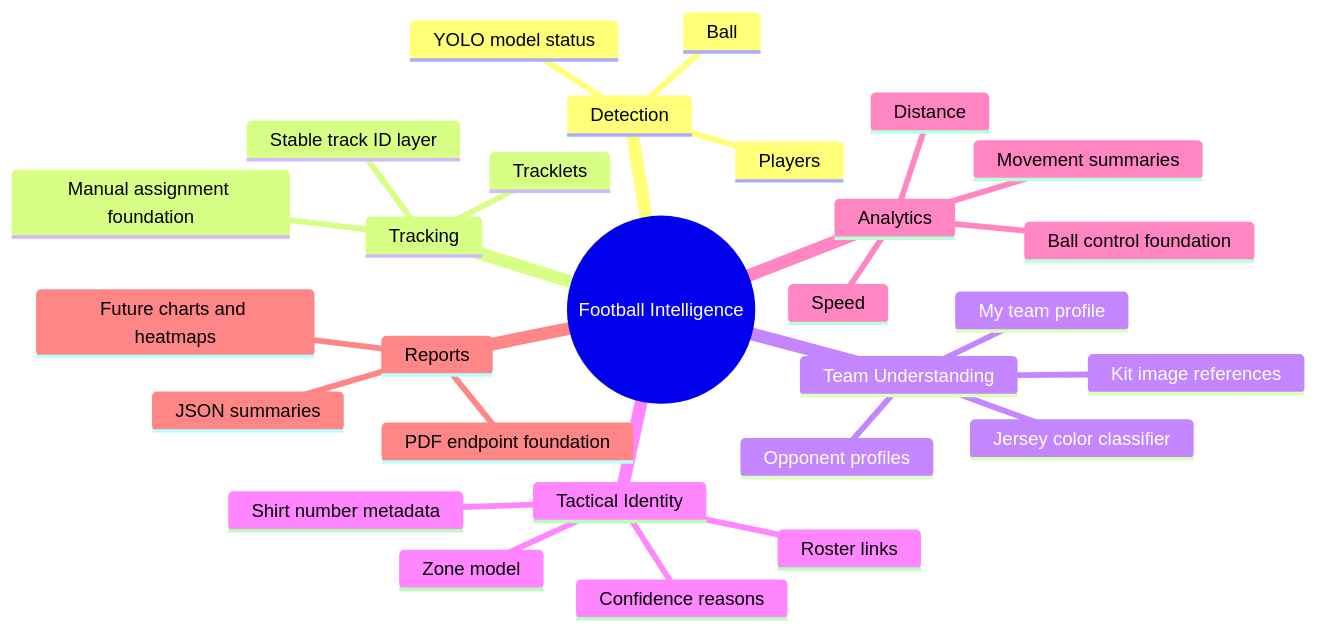
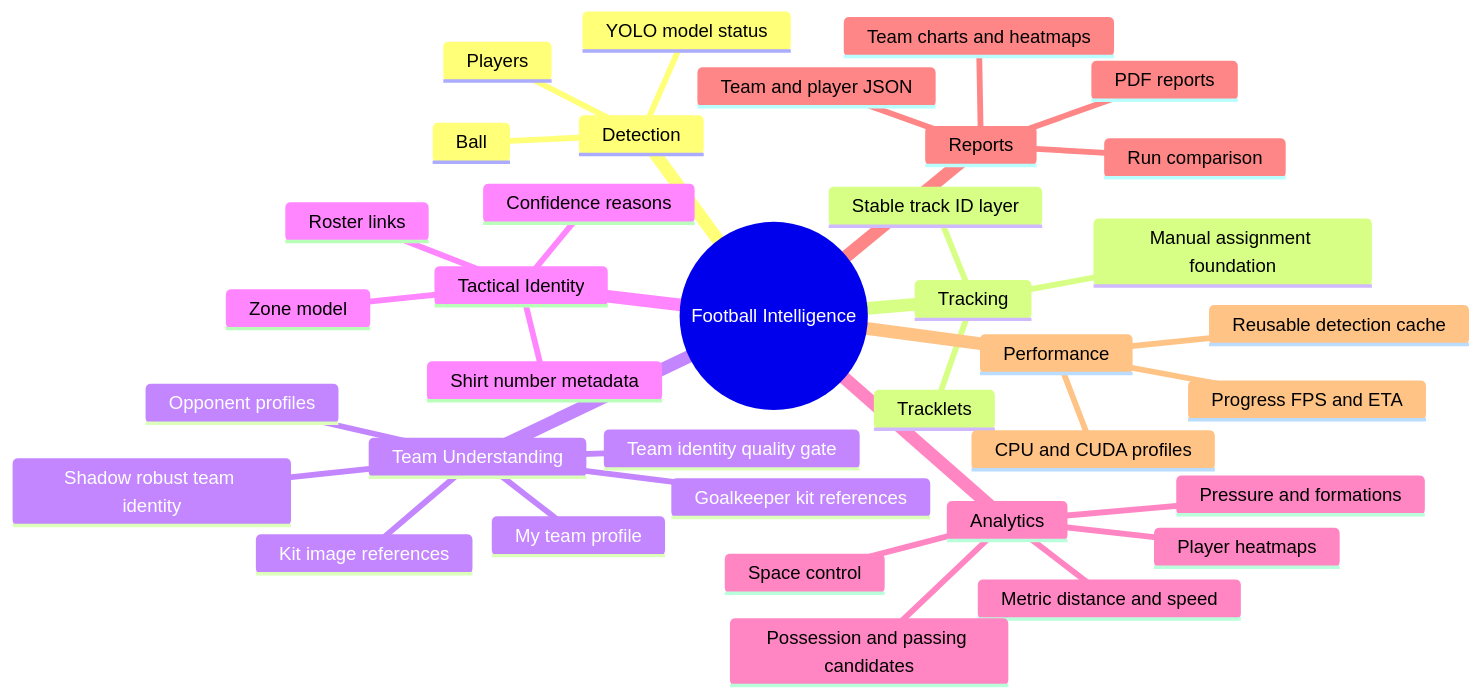
The sixth of 7 diagrams in README.md (ahmedalbanna7/football-intelligence-platform), drawn with Mermaid before and after one commit. The commit also changed other lines of this file and 23 other files, not shown here.

Commit message:
feat: add team identity analytics reports and performance v1

````diff
--- a/README.md
+++ b/README.md
@@ -317,31 +327,39 @@
 ```mermaid
 mindmap
   root((Football Intelligence))
     Detection
       Players
       Ball
       YOLO model status
     Tracking
       Tracklets
       Stable track ID layer
       Manual assignment foundation
     Team Understanding
       My team profile
       Opponent profiles
       Kit image references
-      Jersey color classifier
+      Goalkeeper kit references
+      Shadow robust team identity
+      Team identity quality gate
     Tactical Identity
       Roster links
       Shirt number metadata
       Zone model
       Confidence reasons
     Analytics
-      Distance
-      Speed
-      Movement summaries
-      Ball control foundation
+      Metric distance and speed
+      Player heatmaps
+      Possession and passing candidates
+      Pressure and formations
+      Space control
     Reports
-      JSON summaries
-      PDF endpoint foundation
-      Future charts and heatmaps
+      Team and player JSON
+      PDF reports
+      Team charts and heatmaps
+      Run comparison
+    Performance
+      CPU and CUDA profiles
+      Reusable detection cache
+      Progress FPS and ETA
 ```
````
